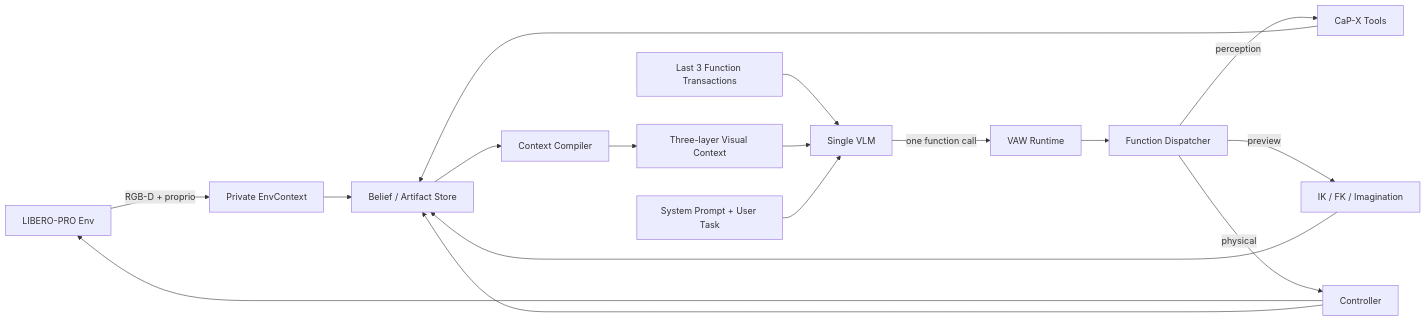
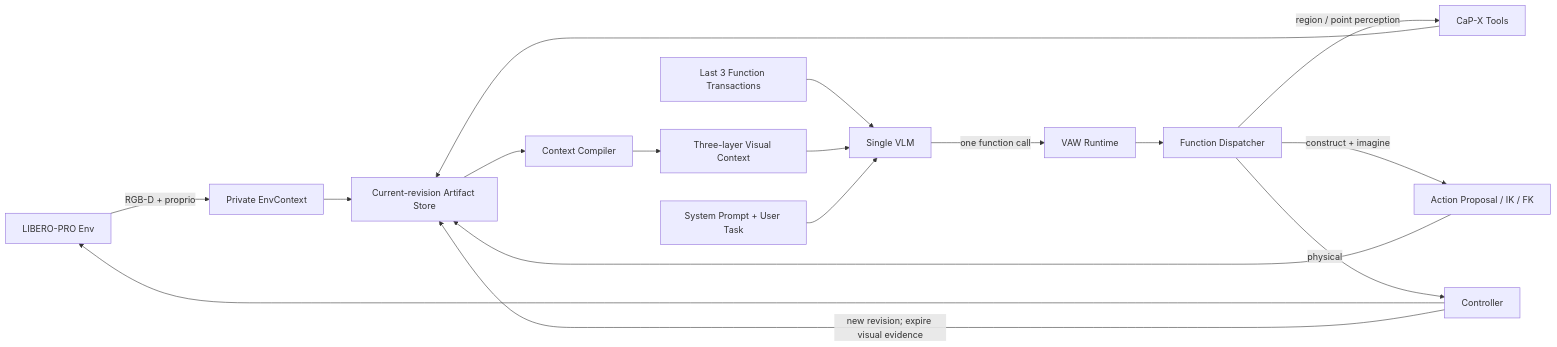
Before and after one commit to ZYH-Lightyear/BCap-X: the diagram in vaw/CONTEXT_RUNTIME_MILESTONES.md, drawn with Mermaid. The commit also changed other lines of this file and 33 other files, not shown here.

````diff
--- a/vaw/CONTEXT_RUNTIME_MILESTONES.md
+++ b/vaw/CONTEXT_RUNTIME_MILESTONES.md
@@ -71,21 +77,21 @@
 ```mermaid
 flowchart LR
     E[LIBERO-PRO Env] -->|RGB-D + proprio| P[Private EnvContext]
-    P --> B[Belief / Artifact Store]
+    P --> B[Current-revision Artifact Store]
 
     A[Single VLM] -->|one function call| R[VAW Runtime]
     R --> D[Function Dispatcher]
-    D -->|perception| X[CaP-X Tools]
-    D -->|preview| I[IK / FK / Imagination]
+    D -->|region / point perception| X[CaP-X Tools]
+    D -->|construct + imagine| I[Action Proposal / IK / FK]
     D -->|physical| C[Controller]
     X --> B
     I --> B
     C --> E
-    C --> B
+    C -->|new revision; expire visual evidence| B
 
     B --> K[Context Compiler]
     K --> V[Three-layer Visual Context]
     H[Last 3 Function Transactions] --> A
     V --> A
     T[System Prompt + User Task] --> A
 ```
````
